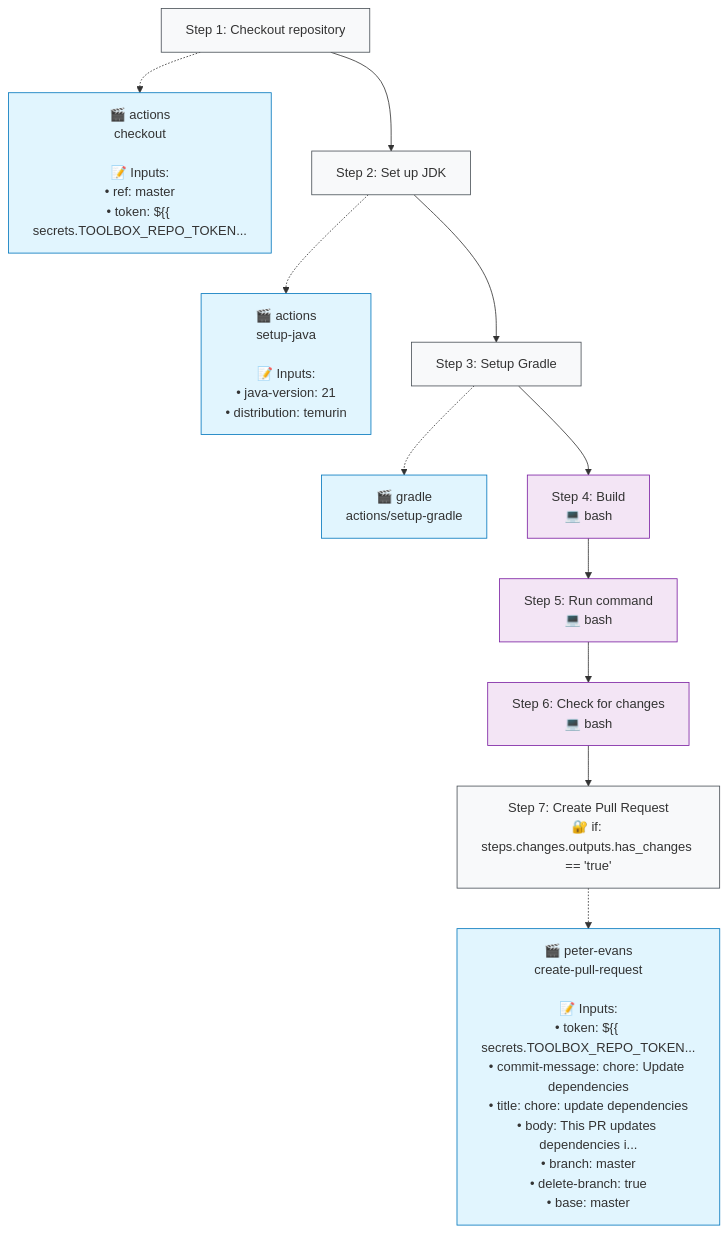
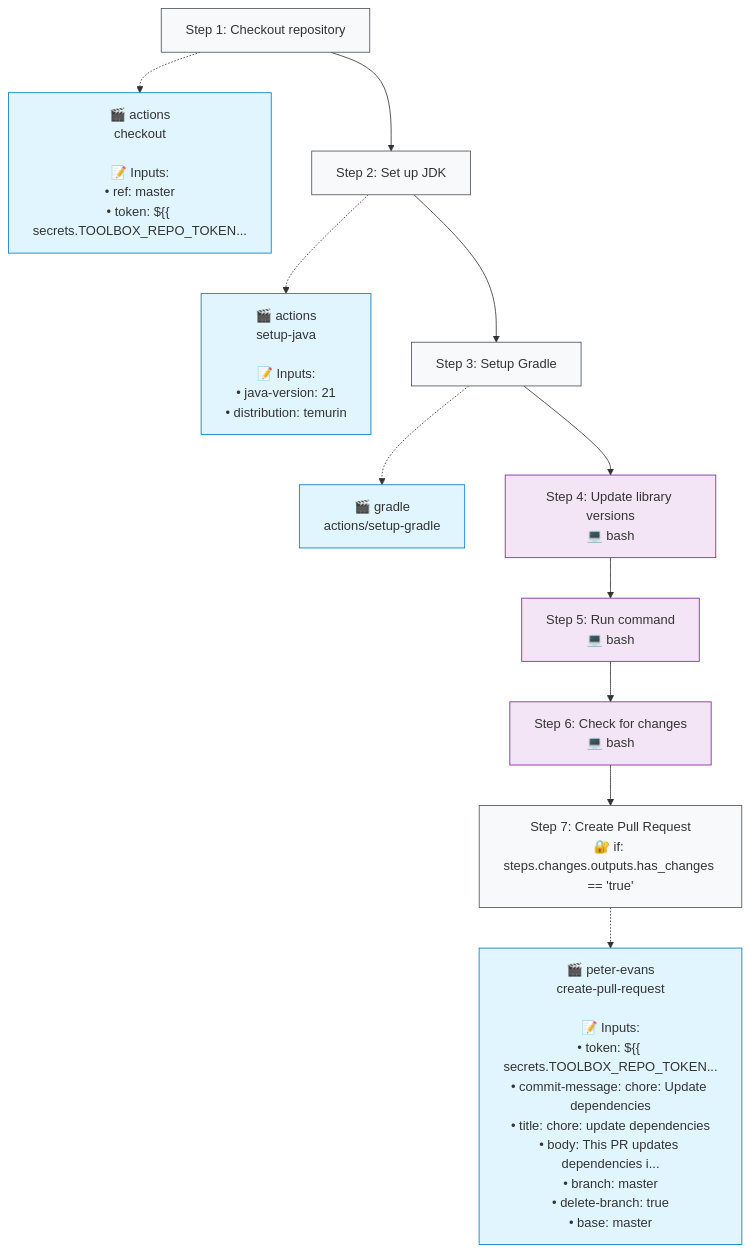
Before and after one commit to http4k/www: the second of 2 diagrams in .github/typeflows/update-dependencies/README.md, drawn with Mermaid. The commit also changed 4 other files, not shown here.

Commit message:
Update dependencies and workflows: bump library versions and fix Maven credentials

````diff
--- a/.github/typeflows/update-dependencies/README.md
+++ b/.github/typeflows/update-dependencies/README.md
@@ -24,36 +24,36 @@
 ```mermaid
 %%{init: {"flowchart": {"curve": "basis"}}}%%
 flowchart TD
     step1["Step 1: Checkout repository"]
     style step1 fill:#f8f9fa,stroke:#495057
     action1["🎬 actions<br/>checkout<br/><br/>📝 Inputs:<br/>• ref: master<br/>• token: ${{ secrets.TOOLBOX_REPO_TOKEN..."]
     style action1 fill:#e1f5fe,stroke:#0277bd
     step1 -.-> action1
     step2["Step 2: Set up JDK"]
     style step2 fill:#f8f9fa,stroke:#495057
     action2["🎬 actions<br/>setup-java<br/><br/>📝 Inputs:<br/>• java-version: 21<br/>• distribution: temurin"]
     style action2 fill:#e1f5fe,stroke:#0277bd
     step2 -.-> action2
     step1 --> step2
     step3["Step 3: Setup Gradle"]
     style step3 fill:#f8f9fa,stroke:#495057
     action3["🎬 gradle<br/>actions/setup-gradle"]
     style action3 fill:#e1f5fe,stroke:#0277bd
     step3 -.-> action3
     step2 --> step3
-    step4["Step 4: Build<br/>💻 bash"]
+    step4["Step 4: Update library versions<br/>💻 bash"]
     style step4 fill:#f3e5f5,stroke:#7b1fa2
     step3 --> step4
     step5["Step 5: Run command<br/>💻 bash"]
     style step5 fill:#f3e5f5,stroke:#7b1fa2
     step4 --> step5
     step6["Step 6: Check for changes<br/>💻 bash"]
     style step6 fill:#f3e5f5,stroke:#7b1fa2
     step5 --> step6
     step7["Step 7: Create Pull Request<br/>🔐 if: steps.changes.outputs.has_changes == 'true'"]
     style step7 fill:#f8f9fa,stroke:#495057
     action7["🎬 peter-evans<br/>create-pull-request<br/><br/>📝 Inputs:<br/>• token: ${{ secrets.TOOLBOX_REPO_TOKEN...<br/>• commit-message: chore: Update dependencies<br/>• title: chore: update dependencies<br/>• body: This PR updates dependencies i...<br/>• branch: master<br/>• delete-branch: true<br/>• base: master"]
     style action7 fill:#e1f5fe,stroke:#0277bd
     step7 -.-> action7
     step6 --> step7
 ```
````
